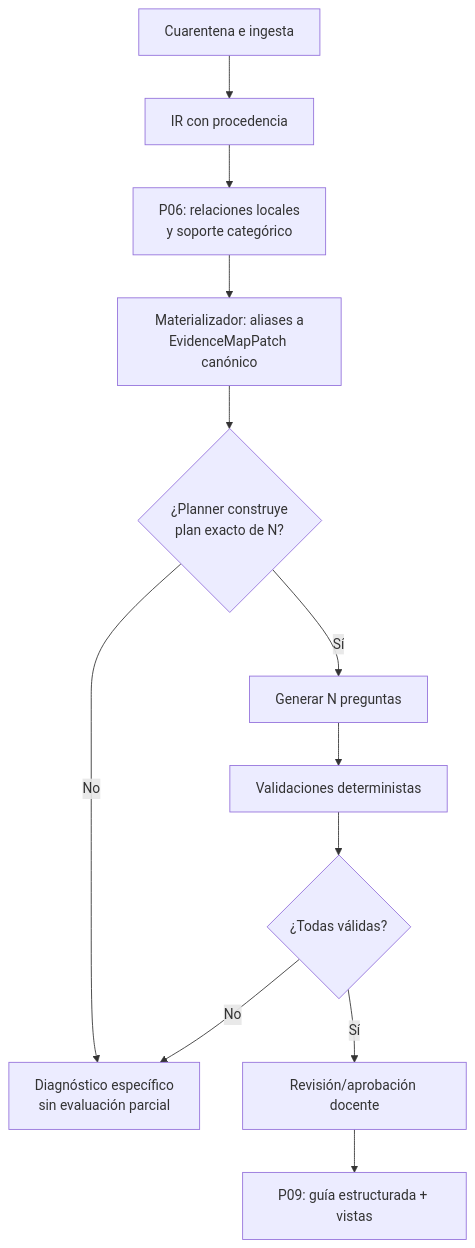
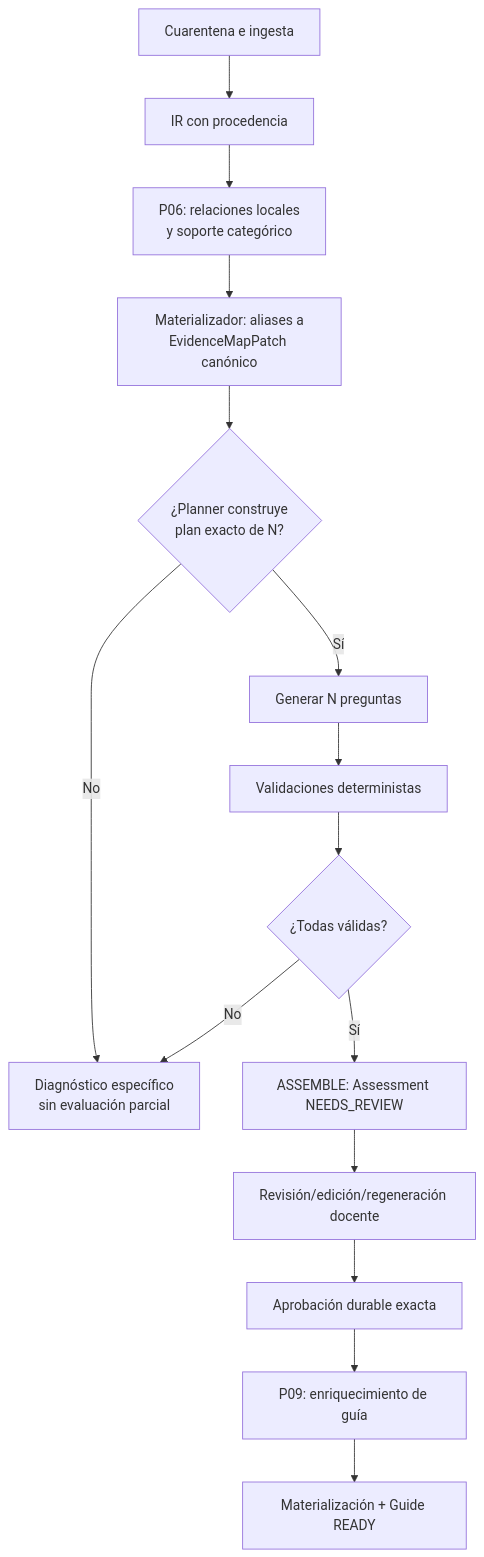
One commit to WilJms/PruebasPersonalizadas changed the fifth of 6 diagrams in specification/00_Especificacion_Arquitectura_v1.1(1).md. Above: the diagram before and after it, drawn with Mermaid. The commit also changed other lines of this file and 60 other files, not shown here.

````diff
--- a/specification/00_Especificacion_Arquitectura_v1.1(1).md
+++ b/specification/00_Especificacion_Arquitectura_v1.1(1).md
@@ -540,14 +541,17 @@
 ```mermaid
 flowchart TB
     A["Cuarentena e ingesta"] --> B["IR con procedencia"]
     B --> C["P06: relaciones locales\ny soporte categórico"]
     C --> D["Materializador: aliases a\nEvidenceMapPatch canónico"]
     D --> E{¿Planner construye\nplan exacto de N?}
     E -->|No| X["Diagnóstico específico\nsin evaluación parcial"]
     E -->|Sí| F["Generar N preguntas"]
     F --> G["Validaciones deterministas"]
     G --> H{¿Todas válidas?}
     H -->|No| X
-    H -->|Sí| I["Revisión/aprobación docente"]
-    I --> J["P09: guía estructurada + vistas"]
+    H -->|Sí| I["ASSEMBLE: Assessment NEEDS_REVIEW"]
+    I --> K["Revisión/edición/regeneración docente"]
+    K --> L["Aprobación durable exacta"]
+    L --> J["P09: enriquecimiento de guía"]
+    J --> M["Materialización + Guide READY"]
 ```
````
